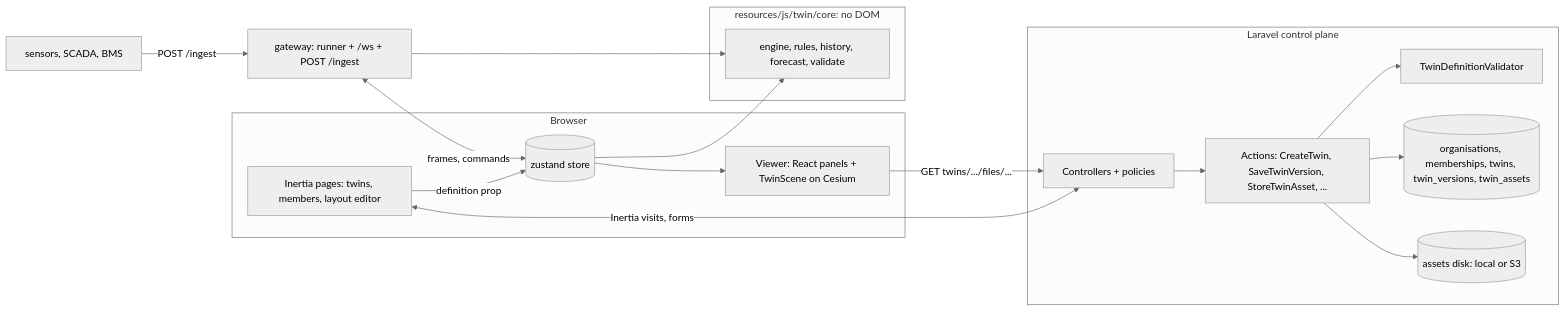
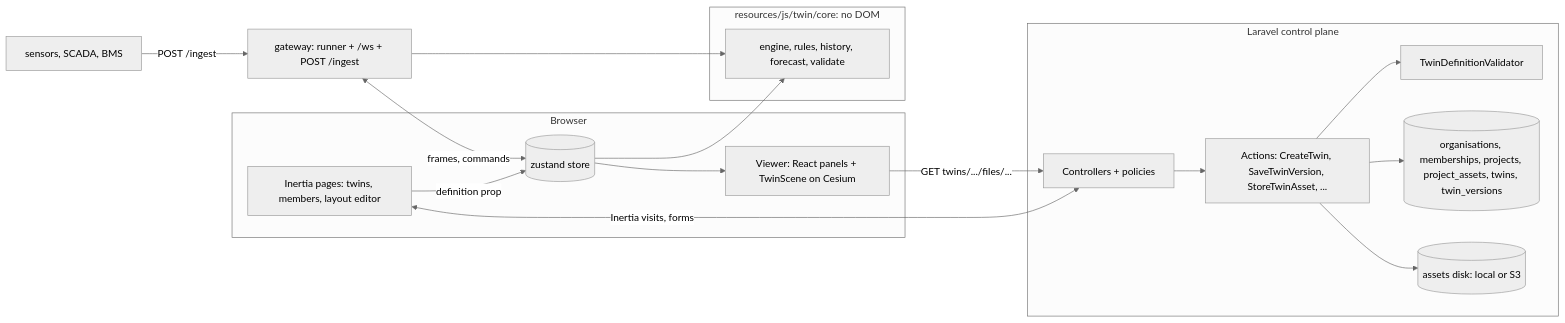
The first of 4 diagrams in README.md (Jarryd-W-Hoffman/digital-twin), drawn with Mermaid (neutral theme) before and after one commit. The commit also changed other lines of this file and 68 other files, not shown here.

````diff
--- a/README.md
+++ b/README.md
@@ -93,35 +93,35 @@
 ```mermaid
 flowchart LR
   subgraph browser [Browser]
     P[Inertia pages: twins, members, layout editor]
     VW[Viewer: React panels + TwinScene on Cesium]
     ST[(zustand store)]
     P -->|definition prop| ST
     ST --> VW
   end
 
   subgraph laravel [Laravel control plane]
     C[Controllers + policies]
     A[Actions: CreateTwin, SaveTwinVersion, StoreTwinAsset, ...]
     VAL[TwinDefinitionValidator]
-    DB[(organisations, memberships, twins, twin_versions, twin_assets)]
+    DB[(organisations, memberships, projects, project_assets, twins, twin_versions)]
     DISK[(assets disk: local or S3)]
     C --> A
     A --> VAL
     A --> DB
     A --> DISK
   end
 
   subgraph core [resources/js/twin/core: no DOM]
     E[engine, rules, history, forecast, validate]
   end
 
   GW[gateway: runner + /ws + POST /ingest]
   SENS[sensors, SCADA, BMS] -->|POST /ingest| GW
 
   P <-->|Inertia visits, forms| C
   VW -->|GET twins/.../files/...| C
   ST --> E
   GW --> E
   GW <-->|frames, commands| ST
 ```
````
